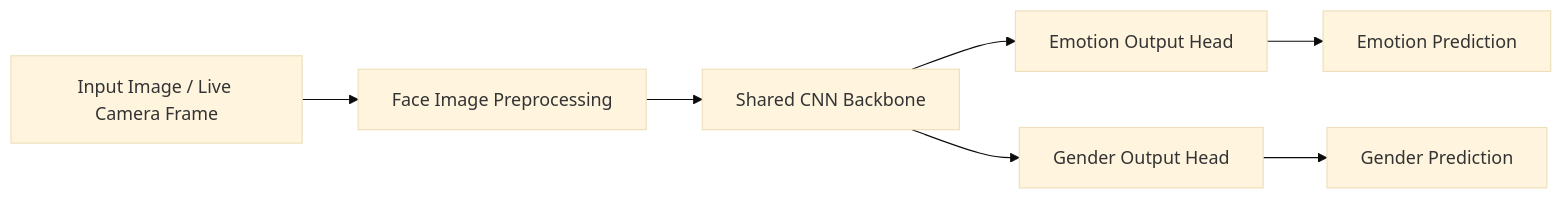
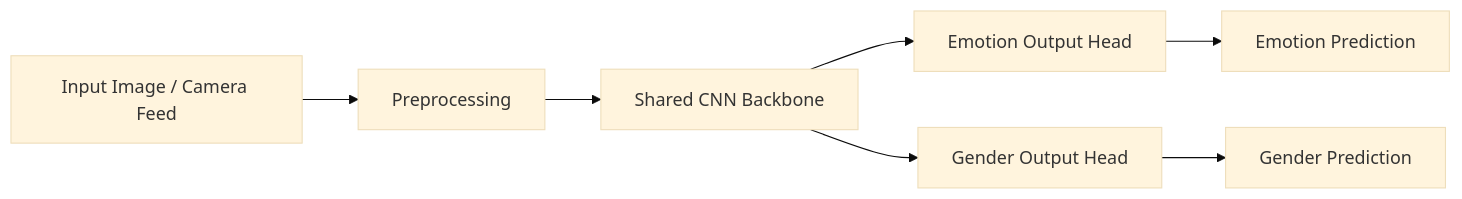
One commit to Fs-ilm26/emotion-recognition-gender-classification changed the diagram in README.md. Above: the diagram before and after it, drawn with Mermaid (base theme). The commit also changed other lines of this file, not shown here.

````diff
--- a/README.md
+++ b/README.md
@@ -33,9 +33,9 @@
 ```mermaid
 flowchart LR
-    A[Input Image / Live Camera Frame] --> B[Face Image Preprocessing]
+    A[Input Image / Camera Feed] --> B[Preprocessing]
     B --> C[Shared CNN Backbone]
     C --> D[Emotion Output Head]
     C --> E[Gender Output Head]
     D --> F[Emotion Prediction]
     E --> G[Gender Prediction]
 ```
````
